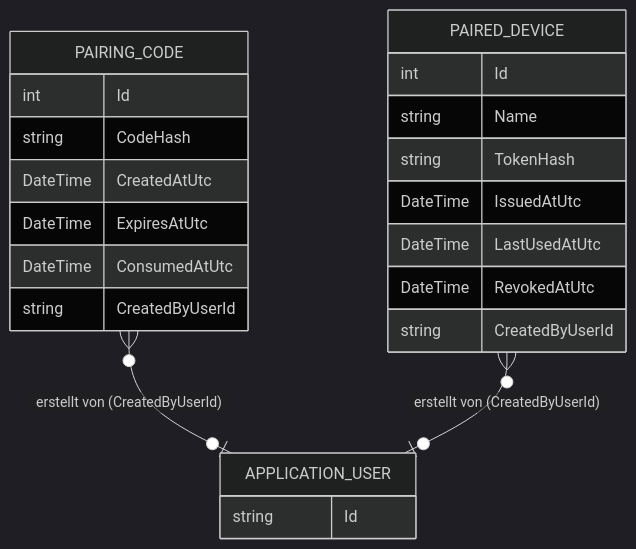
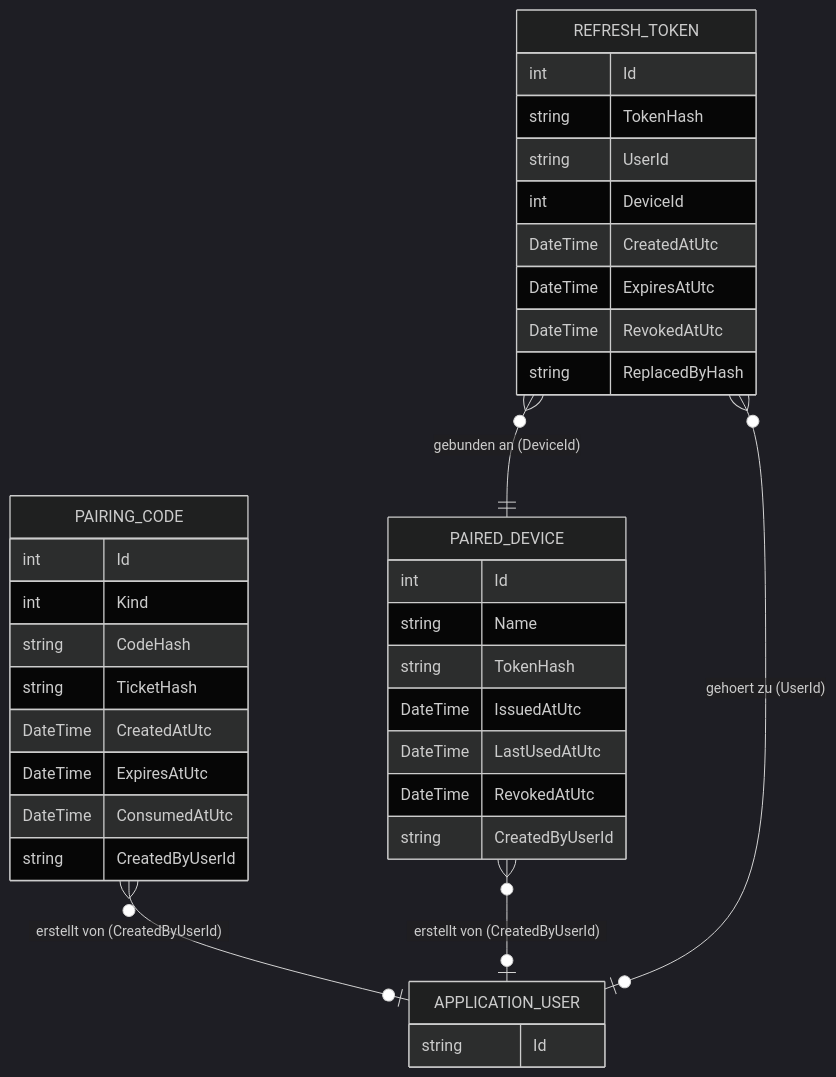
The diagram in docs/help/geraete/datenmodell.md (martin-stromberg/VideoPlayer), drawn with Mermaid (dark theme) before and after one commit. The commit also changed other lines of this file and 8 other files, not shown here.

````diff
--- a/docs/help/geraete/datenmodell.md
+++ b/docs/help/geraete/datenmodell.md
@@ -36,25 +59,39 @@
 ```mermaid
 erDiagram
     PAIRED_DEVICE {
         int Id
         string Name
         string TokenHash
         DateTime IssuedAtUtc
         DateTime LastUsedAtUtc
         DateTime RevokedAtUtc
         string CreatedByUserId
     }
     PAIRING_CODE {
         int Id
+        int Kind
         string CodeHash
+        string TicketHash
         DateTime CreatedAtUtc
         DateTime ExpiresAtUtc
         DateTime ConsumedAtUtc
         string CreatedByUserId
+    }
+    REFRESH_TOKEN {
+        int Id
+        string TokenHash
+        string UserId
+        int DeviceId
+        DateTime CreatedAtUtc
+        DateTime ExpiresAtUtc
+        DateTime RevokedAtUtc
+        string ReplacedByHash
     }
     APPLICATION_USER {
         string Id
     }
     PAIRING_CODE }o--o| APPLICATION_USER : "erstellt von (CreatedByUserId)"
     PAIRED_DEVICE }o--o| APPLICATION_USER : "erstellt von (CreatedByUserId)"
+    REFRESH_TOKEN }o--o| APPLICATION_USER : "gehoert zu (UserId)"
+    REFRESH_TOKEN }o--|| PAIRED_DEVICE : "gebunden an (DeviceId)"
 ```
````
